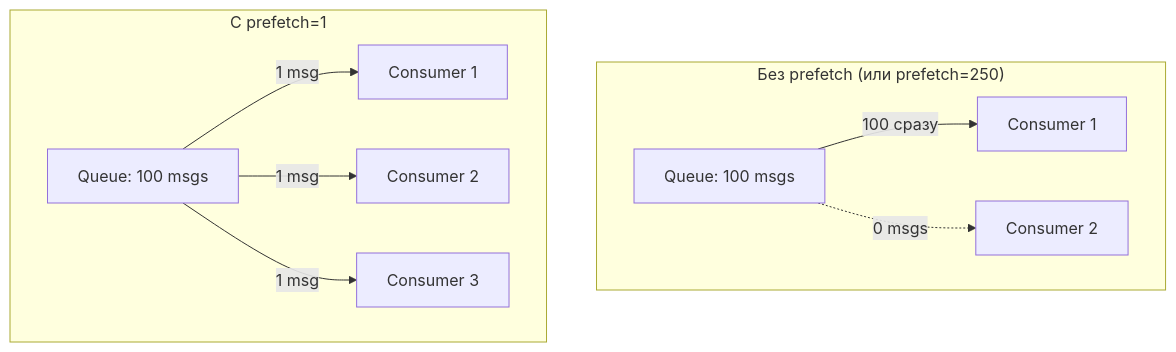
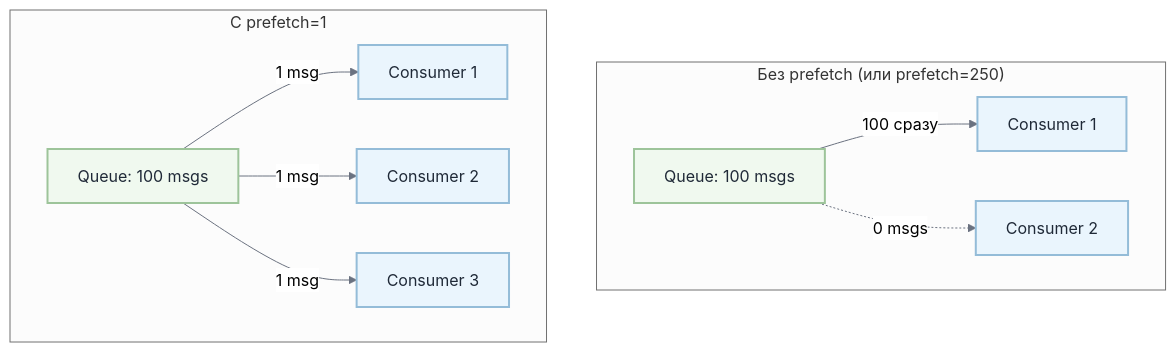
Before and after one commit to MishaSytch/middle_java_back: the second of 5 diagrams in docs/interview/rabbitmq.md, drawn with Mermaid. The commit also changed other lines of this file and 15 other files, not shown here.

````diff
--- a/docs/interview/rabbitmq.md
+++ b/docs/interview/rabbitmq.md
@@ -281,12 +292,23 @@
 ```mermaid
+%%{init: { 'theme': 'neutral', 'themeVariables': { 'primaryColor': '#ffffff', 'primaryTextColor': '#1f2937', 'lineColor': '#6b7280', 'primaryBorderColor': '#d1d5db', 'secondaryColor': '#f3f4f6', 'tertiaryColor': '#e5e7eb' } } }%%
 flowchart TB
     subgraph "Без prefetch (или prefetch=250)"
         Q[Queue: 100 msgs] -->|100 сразу| C1[Consumer 1]
         Q -.->|0 msgs| C2[Consumer 2]
     end
     subgraph "С prefetch=1"
         Q2[Queue: 100 msgs] -->|1 msg| C3[Consumer 1]
         Q2 -->|1 msg| C4[Consumer 2]
         Q2 -->|1 msg| C5[Consumer 3]
     end
+    classDef n0 fill:#f0f9ef,stroke:#9dc49a,stroke-width:2px,color:#1f2937
+    classDef n1 fill:#eaf5fd,stroke:#94bcd8,stroke-width:2px,color:#1f2937
+    classDef n2 fill:#ffffff,stroke:#d1d5db,stroke-width:2px,color:#1f2937
+    class Q n0
+    class Q2 n0
+    class C1 n1
+    class C2 n1
+    class C3 n1
+    class C4 n1
+    class C5 n1
 ```
````
